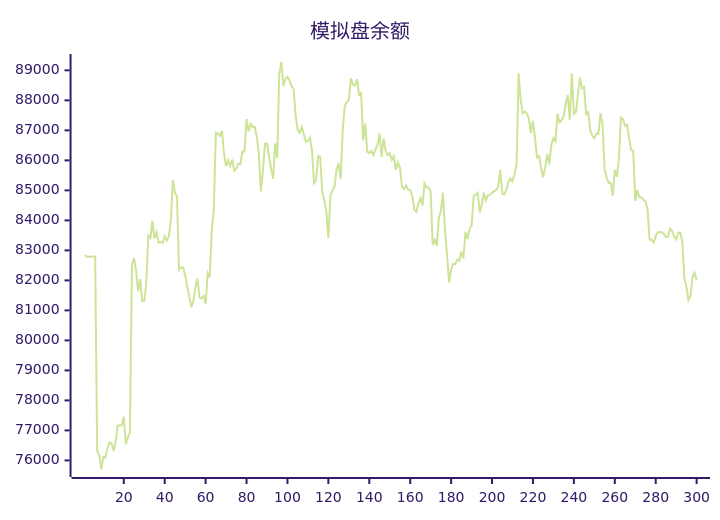
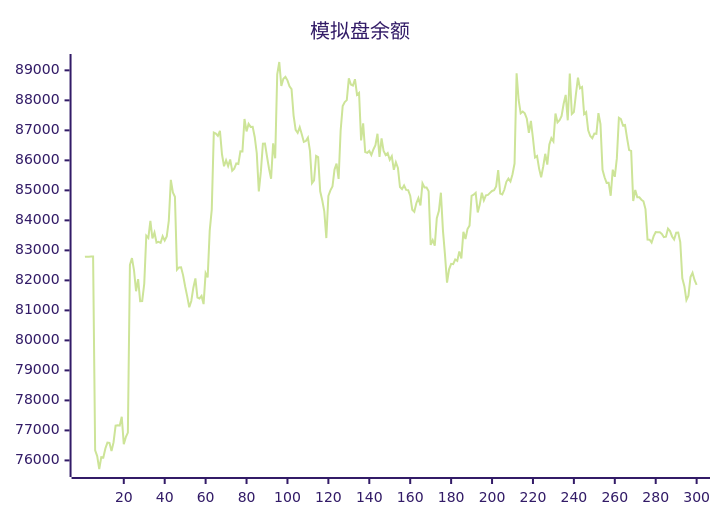
One commit to aahl/ai-trading changed the diagram in README.md. Above: the diagram before and after it, drawn with Mermaid (forest theme). The commit also changed other lines of this file and 1 other file, not shown here.

````diff
--- a/README.md
+++ b/README.md
@@ -5,5 +5,5 @@
 ```mermaid
 xychart
     title "模拟盘余额"
-    line [82844,82785,82791,82791,82793,82794,76339,76145,75714,76110,76096,76397,76594,76585,76310,76607,77160,77170,77160,77456,76541,76774,76927,82520,82744,82337,81639,82040,81307,81314,81887,83490,83414,83984,83396,83594,83261,83287,83253,83470,83327,83465,83987,85348,84930,84786,82355,82433,82438,82167,81795,81466,81105,81315,81756,82064,81426,81398,81481,81210,82242,82099,83658,84359,86925,86892,86814,86980,86203,85802,86003,85811,86028,85657,85721,85896,85880,86300,86299,87378,86965,87214,87115,87118,86780,86238,84966,85623,86555,86562,86129,85722,85387,86569,86070,88870,89278,88477,88720,88781,88668,88467,88372,87493,87018,86917,87102,86870,86613,86644,86758,86317,85242,85334,86149,86106,84968,84671,84302,83410,84816,85001,85127,85693,85891,85384,87001,87811,87945,88007,88734,88528,88495,88705,88189,88248,86662,87234,86279,86251,86314,86177,86364,86503,86886,86114,86731,86310,86176,86240,86017,86136,85685,85938,85749,85111,85044,85164,85016,85008,84824,84354,84287,84572,84745,84500,85234,85096,85095,84970,83180,83338,83157,84070,84309,84922,83667,82850,81924,82369,82552,82539,82695,82648,82962,82728,83619,83378,83710,83825,84819,84854,84917,84265,84527,84919,84668,84834,84850,84916,84981,85004,85131,85674,84891,84864,85019,85284,85393,85294,85538,85894,88904,88012,87567,87625,87568,87386,86920,87313,86737,86094,86143,85725,85437,85787,86219,85859,86526,86740,86630,87563,87264,87335,87483,87886,88180,87335,88894,87544,87608,88207,88755,88401,88444,87543,87608,87000,86810,86740,86894,86884,87576,87209,85686,85435,85251,85255,84820,85689,85453,86066,87420,87373,87161,87178,86740,86341,86315,84643,85012,84772,84768,84690,84635,84376,83360,83357,83259,83474,83608,83606,83602,83548,83440,83454,83724,83644,83464,83365,83590,83592,83275,82072,81806,81344,81492,82109,82254,82006]
+    line [82785,82791,82791,82793,82794,76339,76145,75714,76110,76096,76397,76594,76585,76310,76607,77160,77170,77160,77456,76541,76774,76927,82520,82744,82337,81639,82040,81307,81314,81887,83490,83414,83984,83396,83594,83261,83287,83253,83470,83327,83465,83987,85348,84930,84786,82355,82433,82438,82167,81795,81466,81105,81315,81756,82064,81426,81398,81481,81210,82242,82099,83658,84359,86925,86892,86814,86980,86203,85802,86003,85811,86028,85657,85721,85896,85880,86300,86299,87378,86965,87214,87115,87118,86780,86238,84966,85623,86555,86562,86129,85722,85387,86569,86070,88870,89278,88477,88720,88781,88668,88467,88372,87493,87018,86917,87102,86870,86613,86644,86758,86317,85242,85334,86149,86106,84968,84671,84302,83410,84816,85001,85127,85693,85891,85384,87001,87811,87945,88007,88734,88528,88495,88705,88189,88248,86662,87234,86279,86251,86314,86177,86364,86503,86886,86114,86731,86310,86176,86240,86017,86136,85685,85938,85749,85111,85044,85164,85016,85008,84824,84354,84287,84572,84745,84500,85234,85096,85095,84970,83180,83338,83157,84070,84309,84922,83667,82850,81924,82369,82552,82539,82695,82648,82962,82728,83619,83378,83710,83825,84819,84854,84917,84265,84527,84919,84668,84834,84850,84916,84981,85004,85131,85674,84891,84864,85019,85284,85393,85294,85538,85894,88904,88012,87567,87625,87568,87386,86920,87313,86737,86094,86143,85725,85437,85787,86219,85859,86526,86740,86630,87563,87264,87335,87483,87886,88180,87335,88894,87544,87608,88207,88755,88401,88444,87543,87608,87000,86810,86740,86894,86884,87576,87209,85686,85435,85251,85255,84820,85689,85453,86066,87420,87373,87161,87178,86740,86341,86315,84643,85012,84772,84768,84690,84635,84376,83360,83357,83259,83474,83608,83606,83602,83548,83440,83454,83724,83644,83464,83365,83590,83592,83275,82072,81806,81344,81492,82109,82254,82006,81848]
 ```
````
